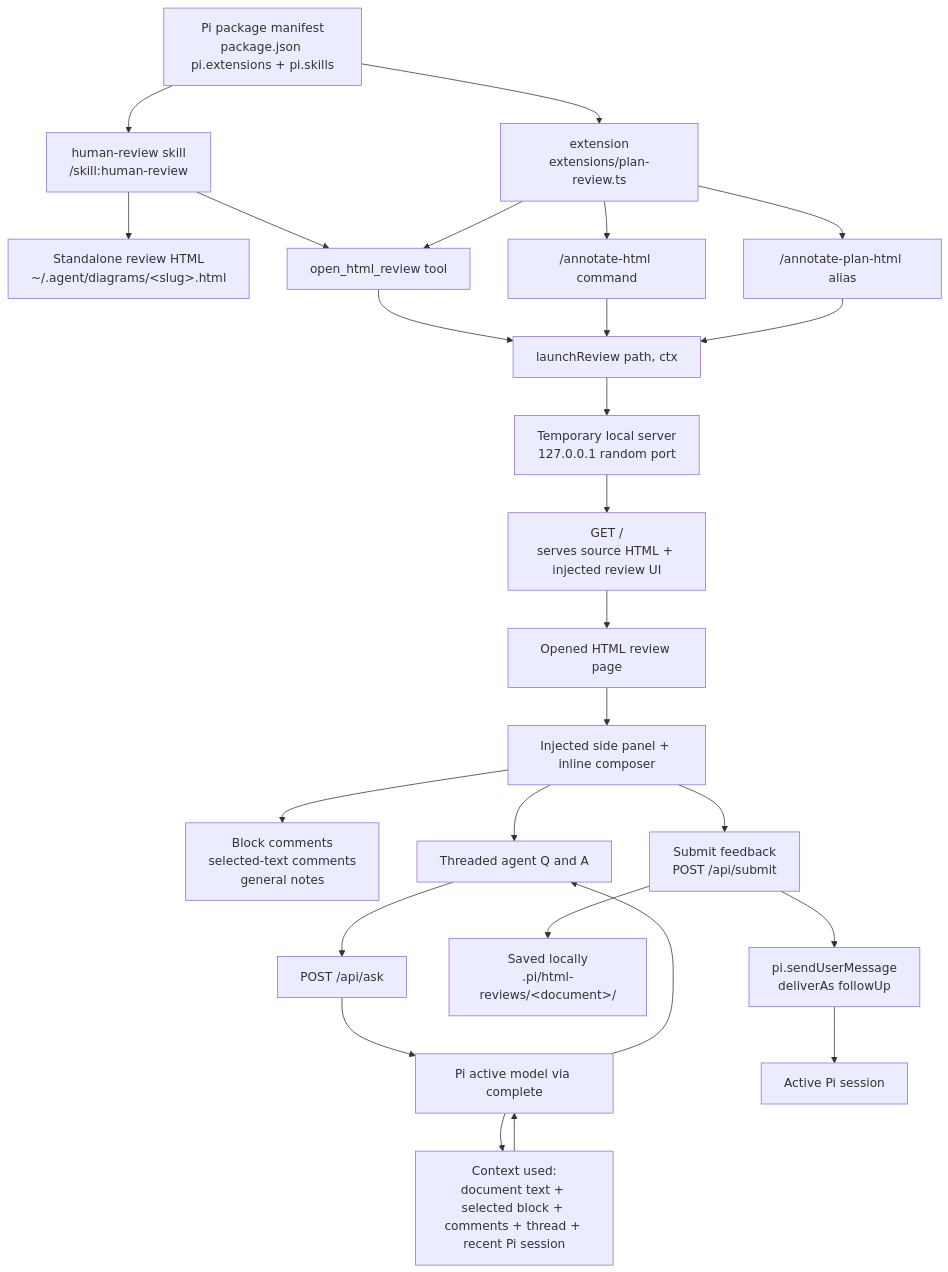
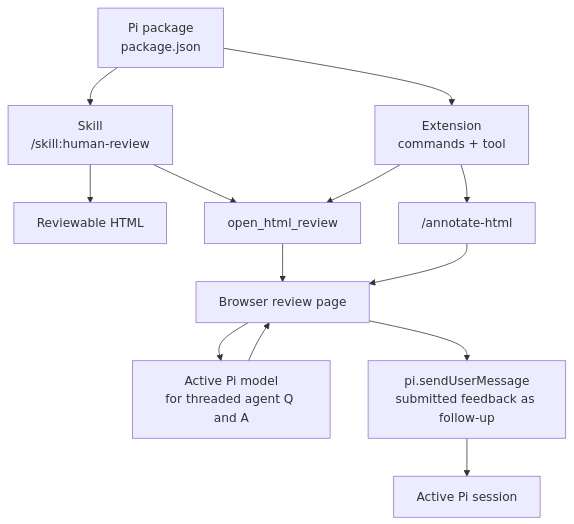
The diagram in README.md (alpeshvas/pi-interactive-plan-review), drawn with Mermaid before and after one commit.

````diff
--- a/README.md
+++ b/README.md
@@ -81,35 +81,19 @@
 ```mermaid
 flowchart TD
-  P["Pi package manifest<br/>package.json pi.extensions + pi.skills"] --> S["human-review skill<br/>/skill:human-review"]
-  P --> E["extension<br/>extensions/plan-review.ts"]
+  P["Pi package<br/>package.json"] --> S["Skill<br/>/skill:human-review"]
+  P --> E["Extension<br/>commands + tool"]
 
-  S --> H["Standalone review HTML<br/>~/.agent/diagrams/&lt;slug&gt;.html"]
-  S --> T["open_html_review tool"]
+  S --> H["Reviewable HTML"]
+  S --> T["open_html_review"]
+  E --> T
+  E --> C["/annotate-html"]
 
-  E --> C1["/annotate-html command"]
-  E --> C2["/annotate-plan-html alias"]
-  E --> T
+  T --> B["Browser review page"]
+  C --> B
 
-  T --> L["launchReview path, ctx"]
-  C1 --> L
-  C2 --> L
+  B --> M["Active Pi model<br/>for threaded agent Q and A"]
+  M --> B
 
-  L --> R["Temporary local server<br/>127.0.0.1 random port"]
-  R --> G["GET /<br/>serves source HTML + injected review UI"]
-  G --> B["Opened HTML review page"]
-
-  B --> UI["Injected side panel + inline composer"]
-  UI --> A["Block comments<br/>selected-text comments<br/>general notes"]
-  UI --> Q["Threaded agent Q and A"]
-
-  Q --> ASK["POST /api/ask"]
-  ASK --> M["Pi active model via complete"]
-  M --> CTX["Context used:<br/>document text + selected block + comments + thread + recent Pi session"]
-  CTX --> M
-  M --> Q
-
-  UI --> SUB["Submit feedback<br/>POST /api/submit"]
-  SUB --> FS["Saved locally<br/>.pi/html-reviews/&lt;document&gt;/"]
-  SUB --> FUP["pi.sendUserMessage<br/>deliverAs followUp"]
-  FUP --> PI["Active Pi session"]
+  B --> F["pi.sendUserMessage<br/>submitted feedback as follow-up"]
+  F --> PI["Active Pi session"]
 ```
````
